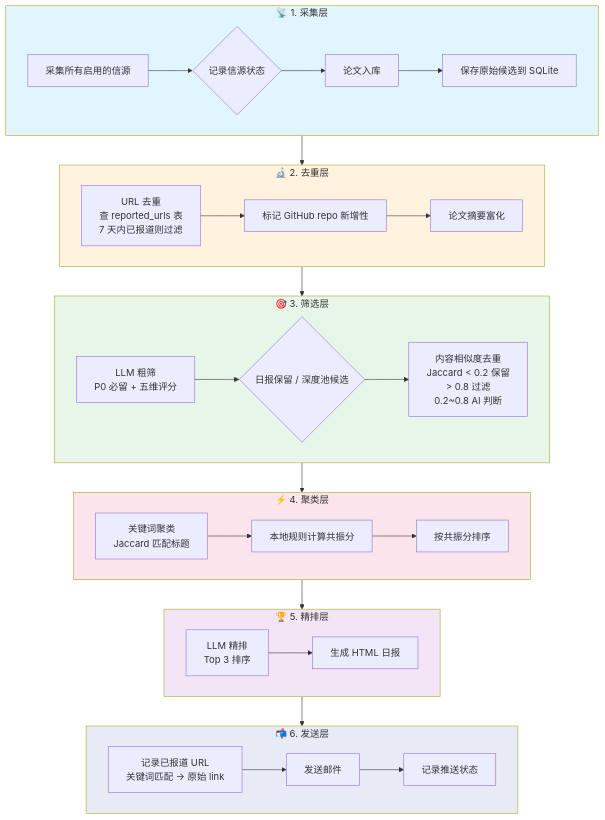
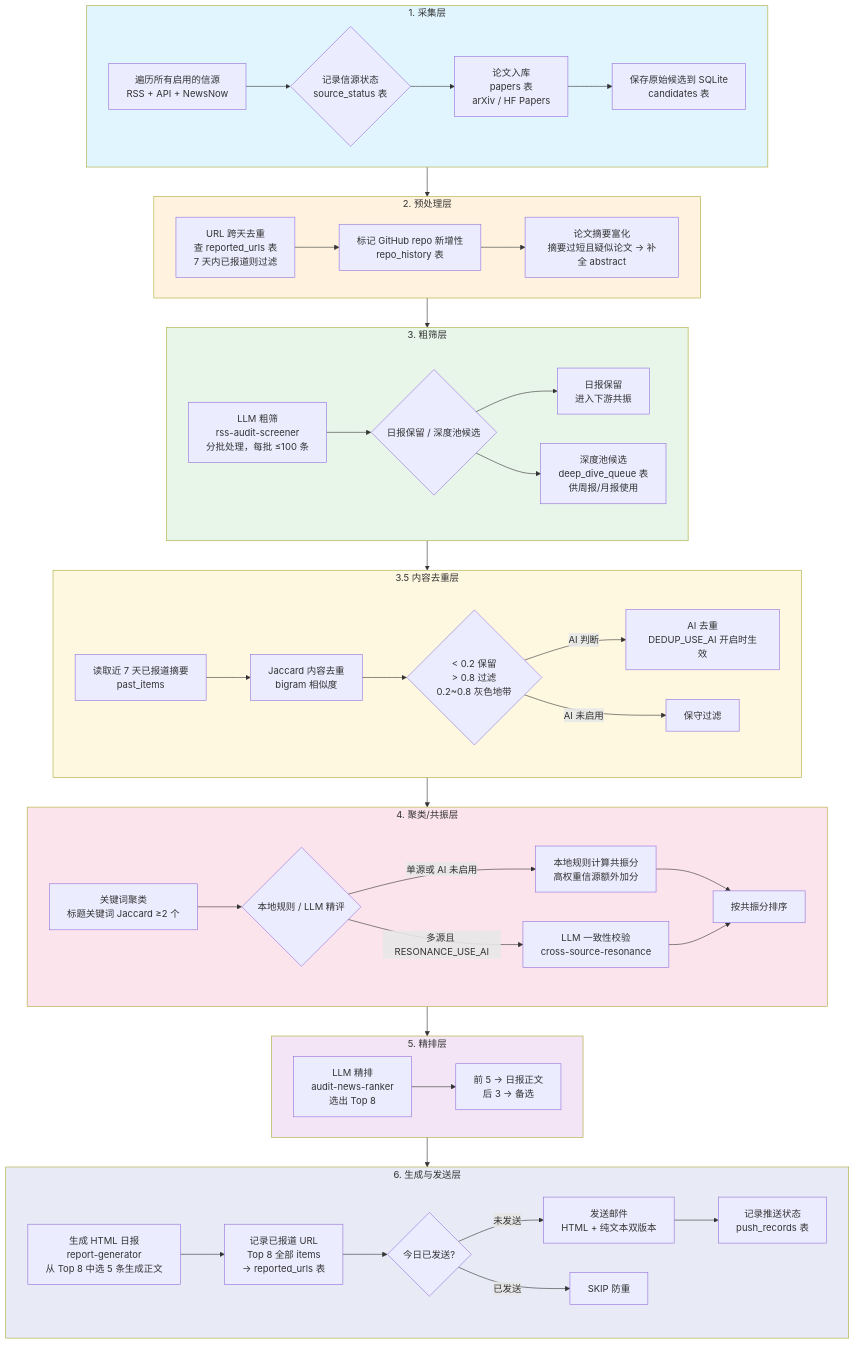
One commit to cccz1117/audit-radar changed the first of 3 diagrams in FLOW.md. Above: the diagram before and after it, drawn with Mermaid. The commit also changed other lines of this file and 1 other file, not shown here.

````diff
--- a/FLOW.md
+++ b/FLOW.md
@@ -3,45 +7,64 @@
 ```mermaid
+---
+id: 7bc3c93b-d900-4bca-8a35-8787f14d7924
+---
 flowchart TD
-    subgraph Phase1["📡 1. 采集层"]
-        A1[采集所有启用的信源] --> A2{记录信源状态}
-        A2 --> A3[论文入库]
-        A3 --> A4[保存原始候选到 SQLite]
+    subgraph Phase1["1. 采集层"]
+        A1[遍历所有启用的信源<br/>RSS + API + NewsNow] --> A2{记录信源状态<br/>source_status 表}
+        A2 --> A3[论文入库<br/>papers 表<br/>arXiv / HF Papers]
+        A3 --> A4[保存原始候选到 SQLite<br/>candidates 表]
     end
 
-    subgraph Phase2["🔬 2. 去重层"]
-        B1[URL 去重<br/>查 reported_urls 表<br/>7 天内已报道则过滤] --> B2[标记 GitHub repo 新增性]
-        B2 --> B3[论文摘要富化]
+    subgraph Phase2["2. 预处理层"]
+        B1[URL 跨天去重<br/>查 reported_urls 表<br/>7 天内已报道则过滤] --> B2[标记 GitHub repo 新增性<br/>repo_history 表]
+        B2 --> B3[论文摘要富化<br/>摘要过短且疑似论文 → 补全 abstract]
     end
 
-    subgraph Phase3["🎯 3. 筛选层"]
-        C1[LLM 粗筛<br/>P0 必留 + 五维评分] --> C2{日报保留 / 深度池候选}
-        C2 --> C3[内容相似度去重<br/>Jaccard < 0.2 保留<br/>> 0.8 过滤<br/>0.2~0.8 AI 判断]
+    subgraph Phase3["3. 粗筛层"]
+        C1[LLM 粗筛<br/>rss-audit-screener<br/>分批处理，每批 ≤100 条] --> C2{日报保留 / 深度池候选}
+        C2 --> C3[日报保留<br/>进入下游共振]
+        C2 --> C4[深度池候选<br/>deep_dive_queue 表<br/>供周报/月报使用]
     end
 
-    subgraph Phase4["⚡ 4. 聚类层"]
-        D1[关键词聚类<br/>Jaccard 匹配标题] --> D2[本地规则计算共振分]
-        D2 --> D3[按共振分排序]
+    subgraph Phase3_5["3.5 内容去重层"]
+        D0[读取近 7 天已报道摘要<br/>past_items] --> D1[Jaccard 内容去重<br/>bigram 相似度]
+        D1 --> D2{"< 0.2 保留<br/>> 0.8 过滤<br/>0.2~0.8 灰色地带"}
+        D2 -->|AI 判断| D3[AI 去重<br/>DEDUP_USE_AI 开启时生效]
+        D2 -->|AI 未启用| D4[保守过滤]
     end
 
-    subgraph Phase5["🏆 5. 精排层"]
-        E1[LLM 精排<br/>Top 3 排序] --> E2[生成 HTML 日报]
+    subgraph Phase4["4. 聚类/共振层"]
+        E1[关键词聚类<br/>标题关键词 Jaccard ≥2 个] --> E2{本地规则 / LLM 精评}
+        E2 -->|单源或 AI 未启用| E3[本地规则计算共振分<br/>高权重信源额外加分]
+        E2 -->|多源且 RESONANCE_USE_AI| E4[LLM 一致性校验<br/>cross-source-resonance]
+        E3 --> E5[按共振分排序]
+        E4 --> E5
     end
 
-    subgraph Phase6["📬 6. 发送层"]
-        F1[记录已报道 URL<br/>关键词匹配 -> 原始 link] --> F2[发送邮件]
-        F2 --> F3[记录推送状态]
+    subgraph Phase5["5. 精排层"]
+        F1[LLM 精排<br/>audit-news-ranker<br/>选出 Top 8] --> F2["前 5 → 日报正文<br/>后 3 → 备选"]
+    end
+
+    subgraph Phase6["6. 生成与发送层"]
+        G1[生成 HTML 日报<br/>report-generator<br/>从 Top 8 中选 5 条生成正文] --> G2[记录已报道 URL<br/>Top 8 全部 items<br/>→ reported_urls 表]
+        G2 --> G3{今日已发送?}
+        G3 -->|未发送| G4[发送邮件<br/>HTML + 纯文本双版本]
+        G3 -->|已发送| G5[SKIP 防重]
+        G4 --> G6[记录推送状态<br/>push_records 表]
     end
 
     Phase1 --> Phase2
     Phase2 --> Phase3
-    Phase3 --> Phase4
+    Phase3 --> Phase3_5
+    Phase3_5 --> Phase4
     Phase4 --> Phase5
     Phase5 --> Phase6
 
     style Phase1 fill:#e1f5fe
     style Phase2 fill:#fff3e0
     style Phase3 fill:#e8f5e9
+    style Phase3_5 fill:#fff8e1
     style Phase4 fill:#fce4ec
     style Phase5 fill:#f3e5f5
     style Phase6 fill:#e8eaf6
 ```
````
